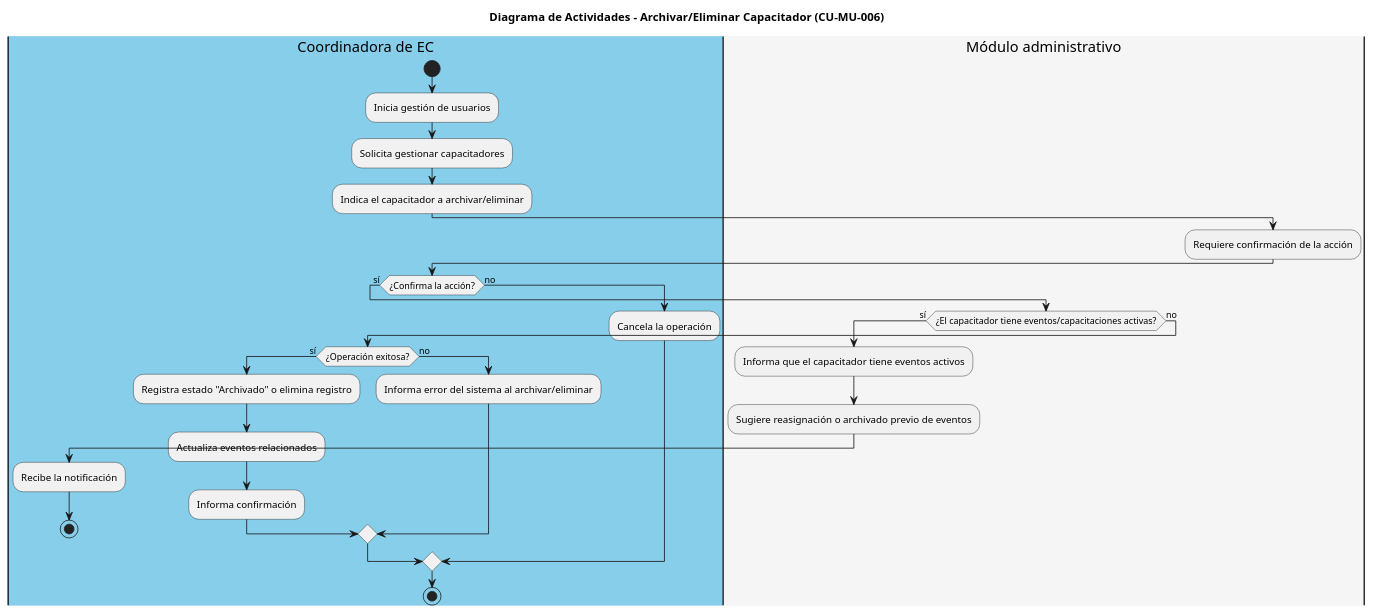
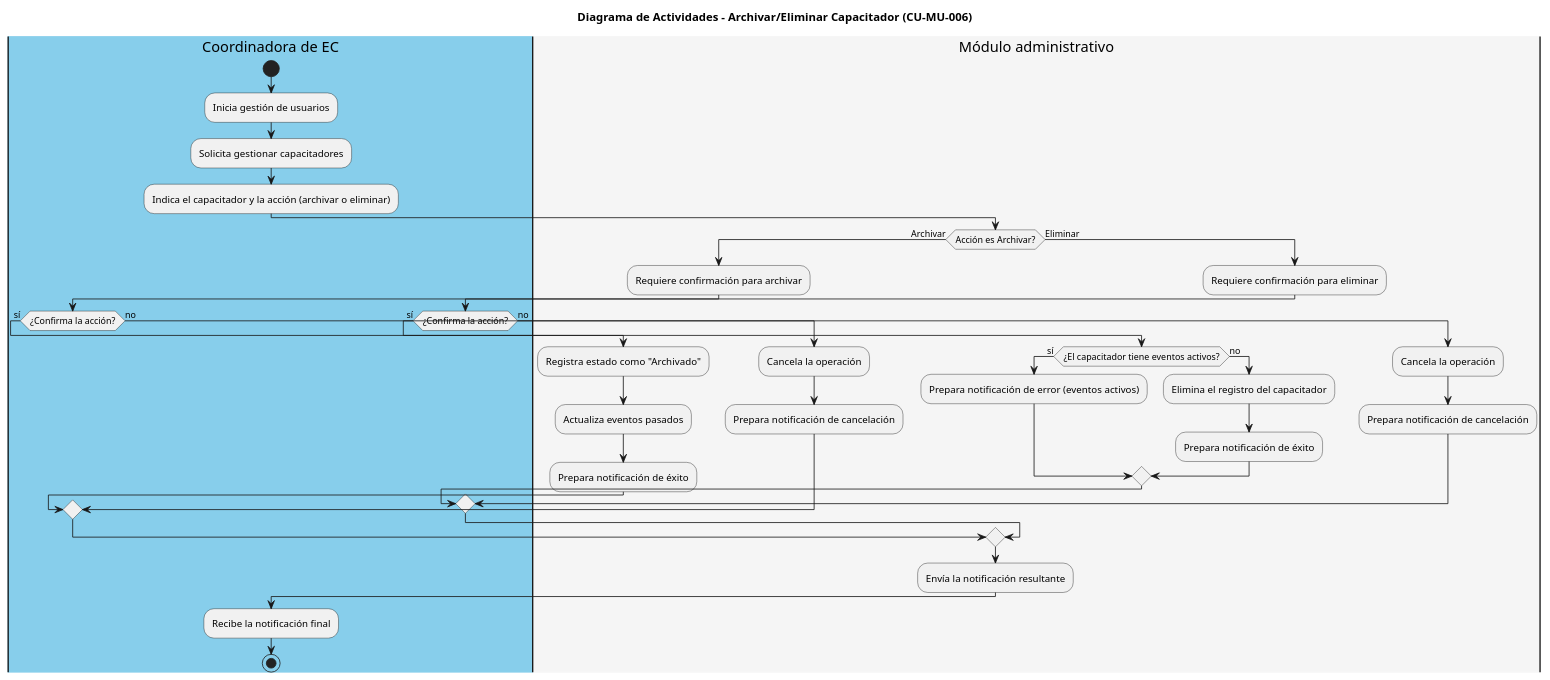
Before and after one commit to iKinoo/baby-salesforce-admin-module: the diagram in code/CU-MU-006_Archivar_Eliminar_Capacitador.puml, drawn with PlantUML.

Commit message:
Update CU-MU-006_Archivar_Eliminar_Capacitador.puml
cambios:

1. El flujo se divide tempranamente según la elección de Archivar o Eliminar.
2. Se elimina la pregunta genérica de ¿Operación exitosa? a favor de flujos directos basados en validaciones concretas.
3. Se asegura que en todos los casos (archivado, eliminación o fallo por eventos activos), la coordinadora reciba una notificación clara.

```diff
--- a/code/CU-MU-006_Archivar_Eliminar_Capacitador.puml
+++ b/code/CU-MU-006_Archivar_Eliminar_Capacitador.puml
@@ -1,35 +1,48 @@
-@startuml CU-MU-006_Archivar_Eliminar_Capacitador
+@startuml
 title Diagrama de Actividades - Archivar/Eliminar Capacitador (CU-MU-006)
 
 |#skyblue|Coordinadora de EC|
 start
 :Inicia gestión de usuarios;
 :Solicita gestionar capacitadores;
-:Indica el capacitador a archivar/eliminar;
+:Indica el capacitador y la acción (archivar o eliminar);
 
 |#whitesmoke|Módulo administrativo|
-:Requiere confirmación de la acción;
+if (Acción es Archivar?) then (Archivar)
+    :Requiere confirmación para archivar;
+    |#skyblue|Coordinadora de EC|
+    if (¿Confirma la acción?) then (sí)
+        |#whitesmoke|Módulo administrativo|
+        :Registra estado como "Archivado";
+        :Actualiza eventos pasados;
+        :Prepara notificación de éxito;
+    else (no)
+        |#whitesmoke|Módulo administrativo|
+        :Cancela la operación;
+        :Prepara notificación de cancelación;
+    endif
+else (Eliminar)
+    :Requiere confirmación para eliminar;
+    |#skyblue|Coordinadora de EC|
+    if (¿Confirma la acción?) then (sí)
+        |#whitesmoke|Módulo administrativo|
+        if (¿El capacitador tiene eventos activos?) then (sí)
+            :Prepara notificación de error (eventos activos);
+        else (no)
+            :Elimina el registro del capacitador;
+            :Prepara notificación de éxito;
+        endif
+    else (no)
+        |#whitesmoke|Módulo administrativo|
+        :Cancela la operación;
+        :Prepara notificación de cancelación;
+    endif
+endif
+
+|#whitesmoke|Módulo administrativo|
+:Envía la notificación resultante;
 
 |#skyblue|Coordinadora de EC|
-if (¿Confirma la acción?) then (sí)
-  |#whitesmoke|Módulo administrativo|
-  if (¿El capacitador tiene eventos/capacitaciones activas?) then (sí)
-    :Informa que el capacitador tiene eventos activos;
-    :Sugiere reasignación o archivado previo de eventos;
-    |#skyblue|Coordinadora de EC|
-    :Recibe la notificación;
-    stop
-  else (no)
-    if (¿Operación exitosa?) then (sí)
-      :Registra estado "Archivado" o elimina registro;
-      :Actualiza eventos relacionados;
-      :Informa confirmación;
-    else (no)
-      :Informa error del sistema al archivar/eliminar;
-    endif
-  endif
-else (no)
-  :Cancela la operación;
-endif
+:Recibe la notificación final;
 stop
 @enduml
```
